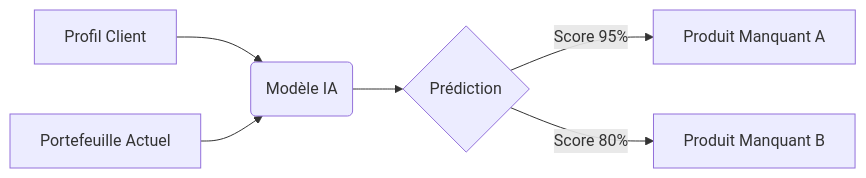
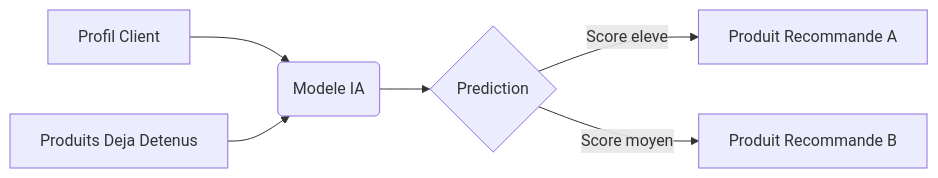
Before and after one commit to BeediGoua/Insurance_product_recommender: the first of 4 diagrams in README.md, drawn with Mermaid. The commit also changed other lines of this file and 16 other files, not shown here.

````diff
--- a/README.md
+++ b/README.md
@@ -40,8 +98,8 @@
 ```mermaid
 graph LR
-    A[Profil Client] --> M(Modèle IA)
-    B[Portefeuille Actuel] --> M
-    M --> P{Prédiction}
-    P -->|Score 95%| R1[Produit Manquant A]
-    P -->|Score 80%| R2[Produit Manquant B]
+    A[Profil Client] --> M(Modele IA)
+    B[Produits Deja Detenus] --> M
+    M --> P{Prediction}
+    P -->|Score eleve| R1[Produit Recommande A]
+    P -->|Score moyen| R2[Produit Recommande B]
 ```
````
